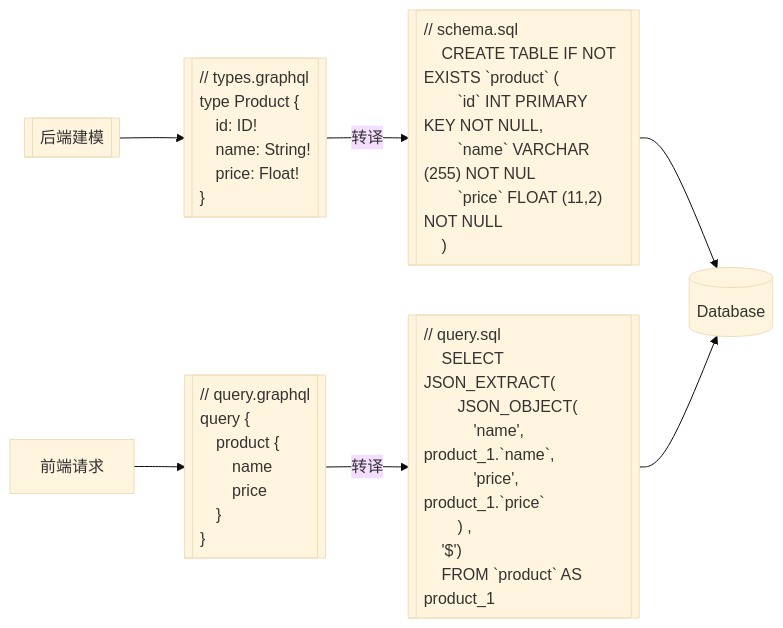
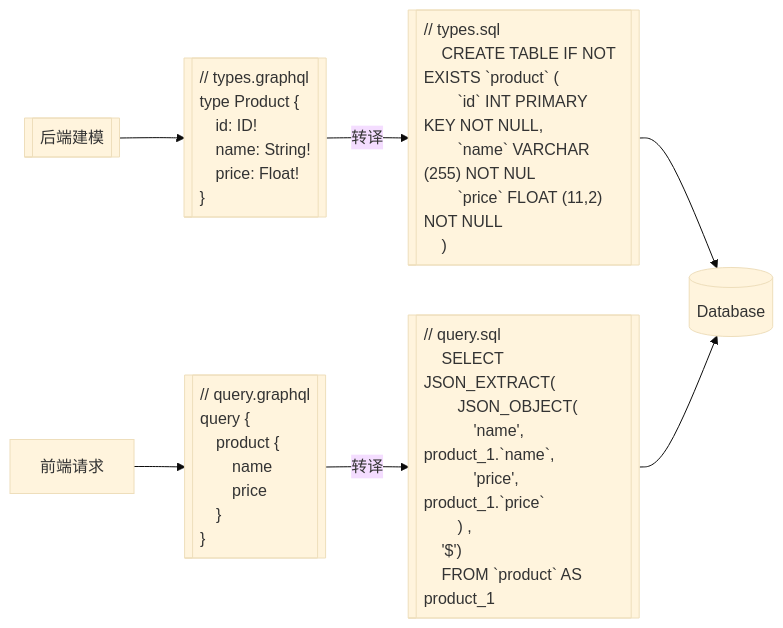
The third of 12 diagrams in docs/intro.md (doukai/gp-doc.github.io), drawn with Mermaid (base theme) before and after one commit. The commit also changed other lines of this file and 7 other files, not shown here.

````diff
--- a/docs/intro.md
+++ b/docs/intro.md
@@ -106,32 +109,32 @@
 ```mermaid
 flowchart LR
     uml[[后端建模]] --> schema[["// types.graphql
     type Product {
     &emsp;id: ID!
     &emsp;name: String!
     &emsp;price: Float!
-    }"]] -- 转译 --> ddl[["// schema.sql
+    }"]] -- 转译 --> ddl[["// types.sql
     CREATE TABLE IF NOT EXISTS `product` (
     &emsp;`id` INT PRIMARY KEY NOT NULL,
     &emsp;`name` VARCHAR (255) NOT NUL
     &emsp;`price` FLOAT (11,2) NOT NULL
     )"]] --> db[(Database)]
     request[前端请求] --> query[["// query.graphql
     query {
     &emsp;product {
     &emsp;&emsp;name
     &emsp;&emsp;price
     &emsp;}
     }"]] -- 转译 --> dml[["// query.sql
     SELECT JSON_EXTRACT(
-    &emsp;JSON_OBJECT( 
-    &emsp;&emsp;'name', product_1.`name`, 
-    &emsp;&emsp;'price', product_1.`price` 
-    &emsp;) , 
-    '$') 
+    &emsp;JSON_OBJECT(
+    &emsp;&emsp;'name', product_1.`name`,
+    &emsp;&emsp;'price', product_1.`price`
+    &emsp;) ,
+    '$')
     FROM `product` AS product_1"]] --> db
     style schema text-align:left
     style ddl text-align:left
     style dml text-align:left
     style query text-align:left
 ```
````
